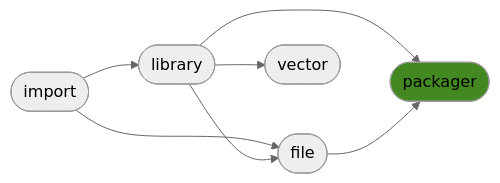
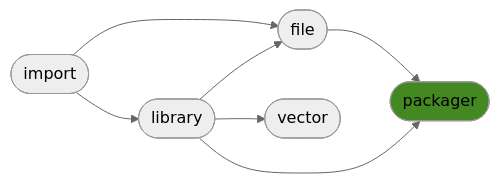
One commit to ManderaGeneral/generalpackager changed the diagram in README.md. Above: the diagram before and after it, drawn with Mermaid (neutral theme). The commit also changed other lines of this file, not shown here.

````diff
--- a/README.md
+++ b/README.md
@@ -24,15 +24,15 @@
 ```mermaid
 flowchart LR
-1([library]) --> 4([packager])
+1([library]) --> 3([vector])
 2([file]) --> 4([packager])
 0([import]) --> 2([file])
-1([library]) --> 3([vector])
 0([import]) --> 1([library])
 1([library]) --> 2([file])
+1([library]) --> 4([packager])
 click 0 "https://github.com/ManderaGeneral/generalimport"
 click 1 "https://github.com/ManderaGeneral/generallibrary"
 click 2 "https://github.com/ManderaGeneral/generalfile"
 click 3 "https://github.com/ManderaGeneral/generalvector"
 click 4 "https://github.com/ManderaGeneral/generalpackager"
 style 4 fill:#482
 ```
````
